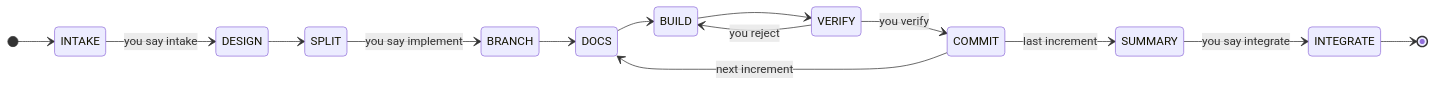
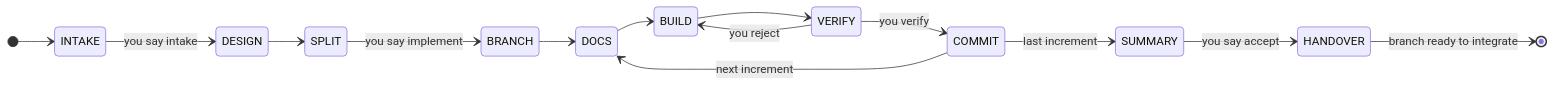
One commit to an-dr/agents changed the second of 2 diagrams in skills/actions/an-dr-dev-follow-workflow/README.md. Above: the diagram before and after it, drawn with Mermaid. The commit also changed other lines of this file and 25 other files, not shown here.

First line of the commit message:
feat(workflow)!: end flows at handover, integrate only on request

````diff
--- a/skills/actions/an-dr-dev-follow-workflow/README.md
+++ b/skills/actions/an-dr-dev-follow-workflow/README.md
@@ -48,17 +48,17 @@
 ```mermaid
 stateDiagram-v2
   direction LR
   [*] --> INTAKE
   INTAKE --> DESIGN: you say intake
   DESIGN --> SPLIT
   SPLIT --> BRANCH: you say implement
   BRANCH --> DOCS
   DOCS --> BUILD
   BUILD --> VERIFY
   VERIFY --> COMMIT: you verify
   VERIFY --> BUILD: you reject
   COMMIT --> DOCS: next increment
   COMMIT --> SUMMARY: last increment
-  SUMMARY --> INTEGRATE: you say integrate
-  INTEGRATE --> [*]
+  SUMMARY --> HANDOVER: you say accept
+  HANDOVER --> [*]: branch ready to integrate
 ```
````
